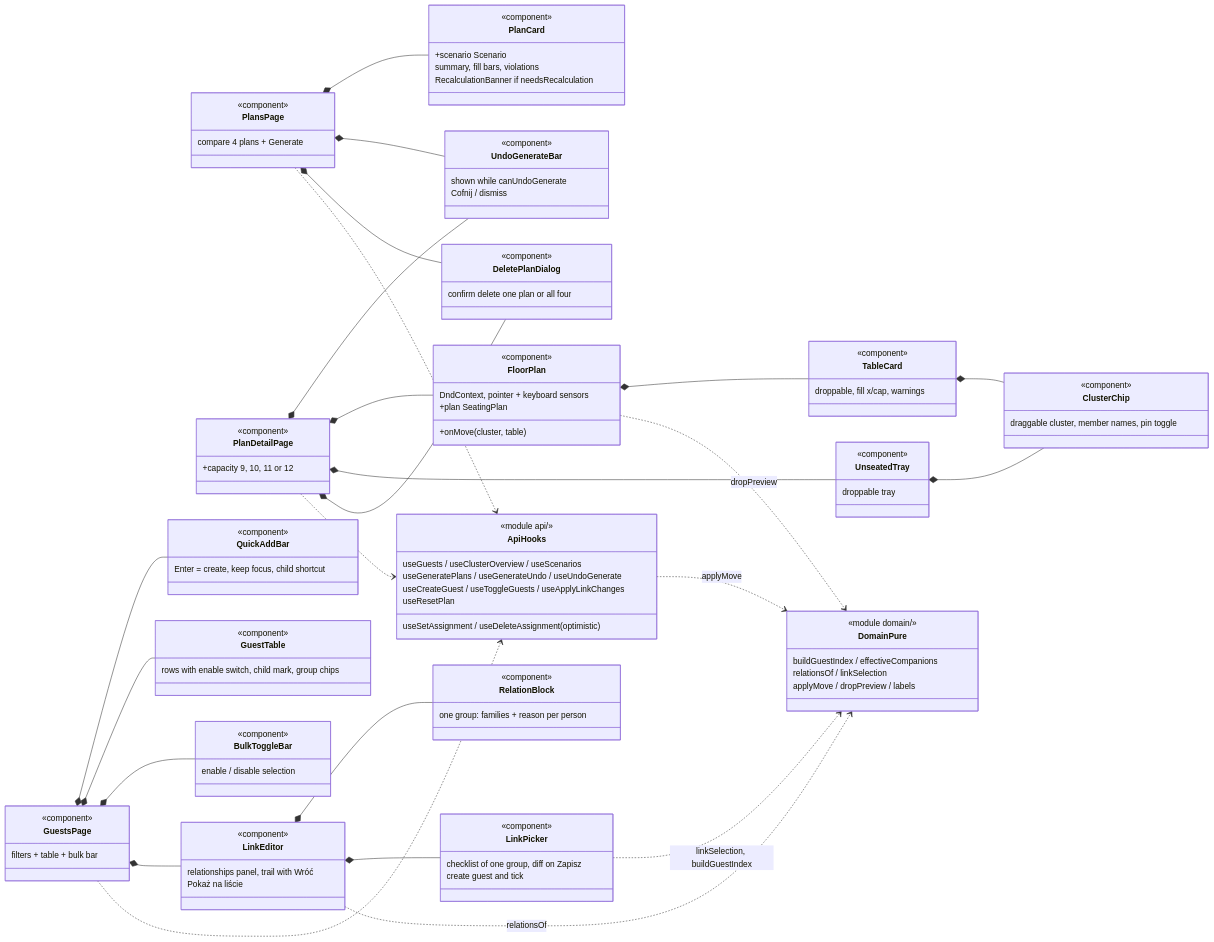
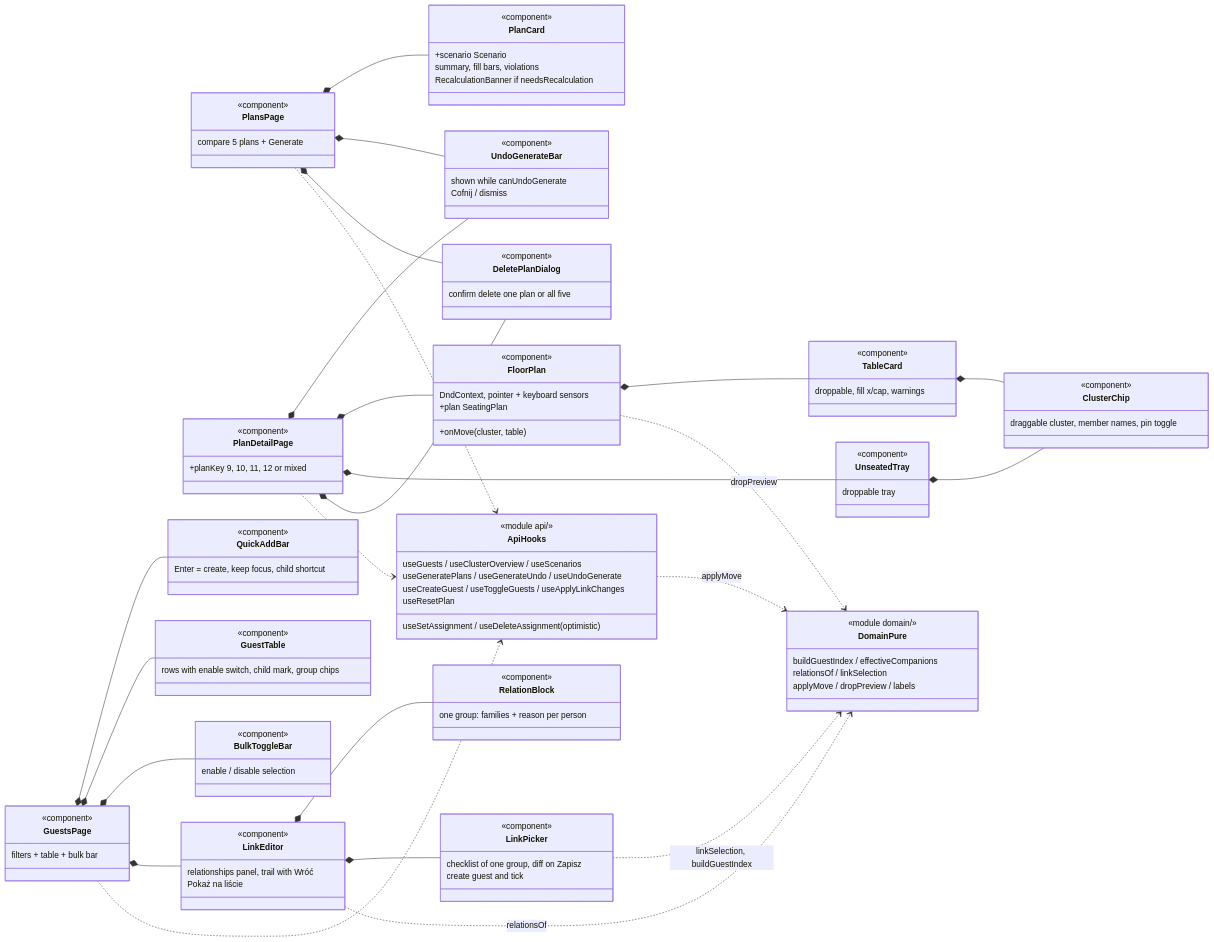
Before and after one commit to emicon123/wedding-seating-planner: the second of 3 diagrams in docs/architecture/diagrams/003-frontend-design.md, drawn with Mermaid. The commit also changed other lines of this file and 26 other files, not shown here.

First line of the commit message:
feat(architecture): mixed plan as fifth plan (task 013, phase A)

```diff
--- a/docs/architecture/diagrams/003-frontend-design.md
+++ b/docs/architecture/diagrams/003-frontend-design.md
@@ -115,7 +117,7 @@
     direction LR
     class PlansPage {
         <<component>>
-        compare 4 plans + Generate
+        compare 5 plans + Generate
     }
     class PlanCard {
         <<component>>
@@ -130,7 +132,7 @@
     }
     class PlanDetailPage {
         <<component>>
-        +capacity 9, 10, 11 or 12
+        +planKey 9, 10, 11, 12 or mixed
     }
     class FloorPlan {
         <<component>>
@@ -182,7 +184,7 @@
     }
     class DeletePlanDialog {
         <<component>>
-        confirm delete one plan or all four
+        confirm delete one plan or all five
     }
     class ApiHooks {
         <<module api/>>
```
